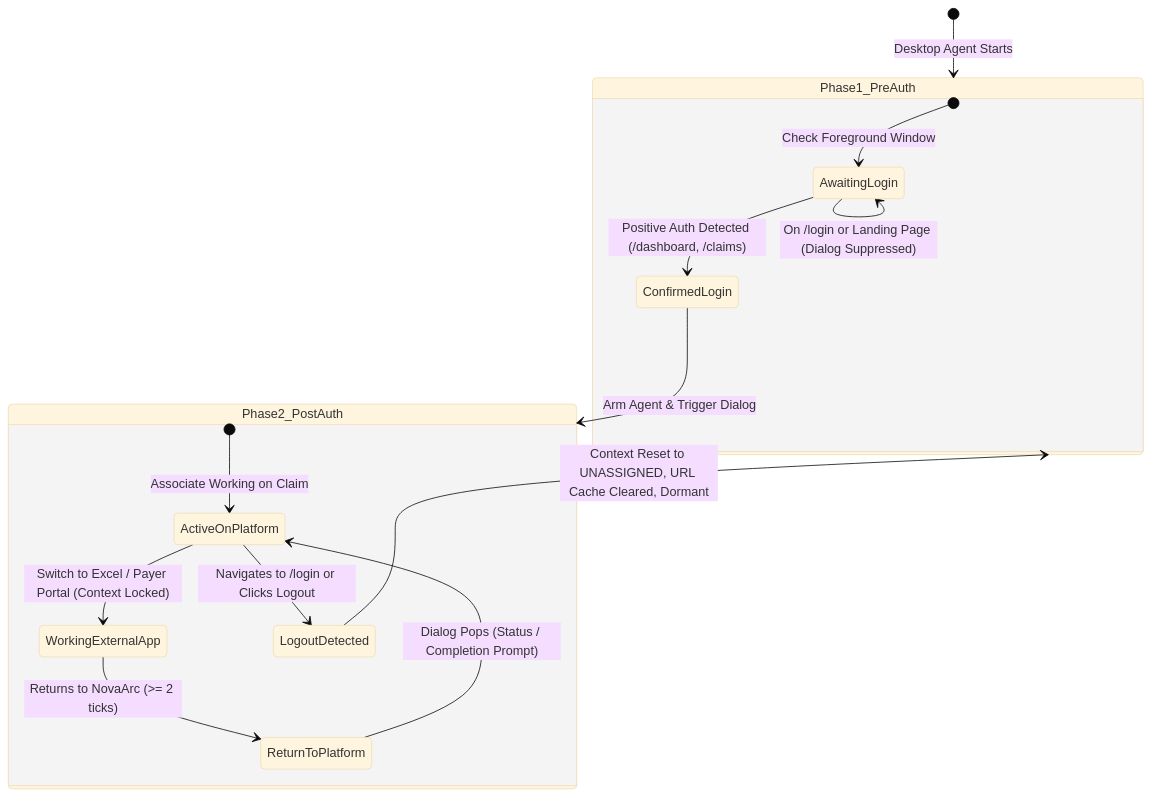
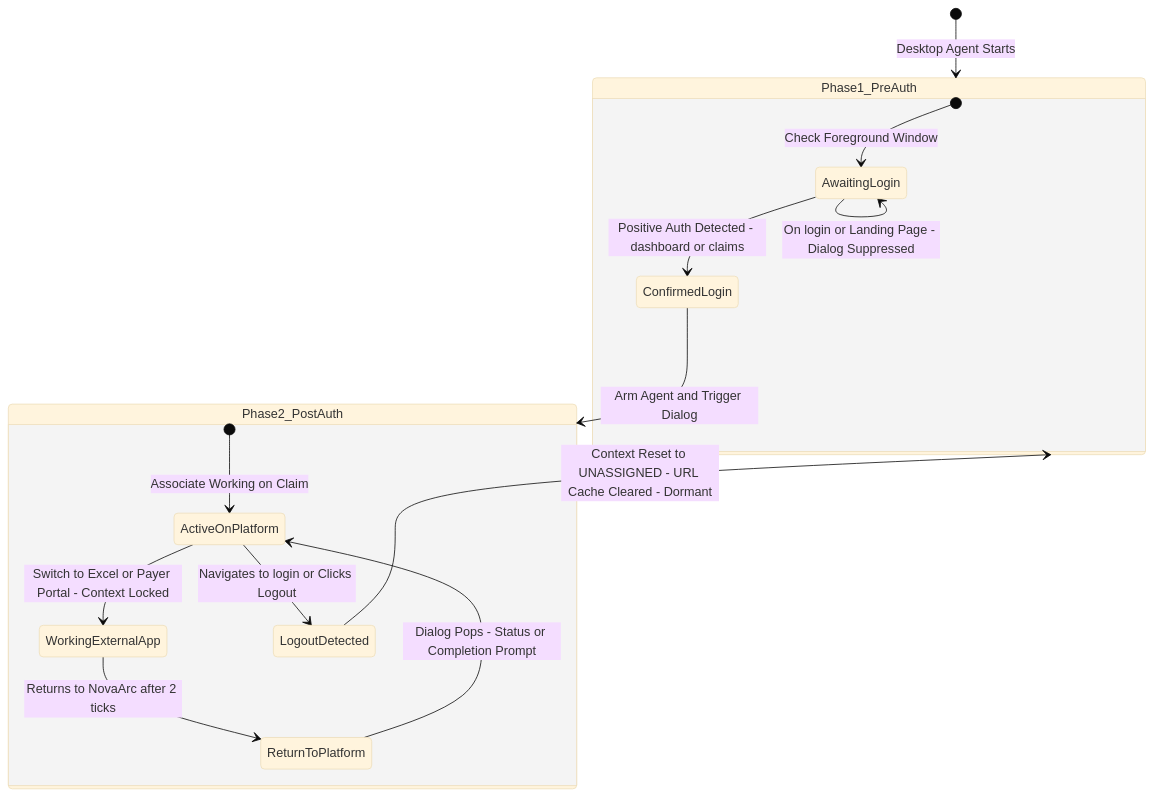
One commit to Gokul2004-ne/TMS changed the second of 3 diagrams in README.md. Above: the diagram before and after it, drawn with Mermaid (base theme). The commit also changed other lines of this file and 1 other file, not shown here.

Commit message:
docs: fix GitHub Mermaid rendering in README.md and ARCHITECTURE.md

````diff
--- a/README.md
+++ b/README.md
@@ -219,22 +214,22 @@
 ```mermaid
 stateDiagram-v2
     [*] --> Phase1_PreAuth: Desktop Agent Starts
 
     state Phase1_PreAuth {
         [*] --> AwaitingLogin: Check Foreground Window
-        AwaitingLogin --> AwaitingLogin: On /login or Landing Page (Dialog Suppressed)
-        AwaitingLogin --> ConfirmedLogin: Positive Auth Detected (/dashboard, /claims)
+        AwaitingLogin --> AwaitingLogin: On login or Landing Page - Dialog Suppressed
+        AwaitingLogin --> ConfirmedLogin: Positive Auth Detected - dashboard or claims
     }
 
-    ConfirmedLogin --> Phase2_PostAuth: Arm Agent & Trigger Dialog
-    
+    ConfirmedLogin --> Phase2_PostAuth: Arm Agent and Trigger Dialog
+
     state Phase2_PostAuth {
         [*] --> ActiveOnPlatform: Associate Working on Claim
-        ActiveOnPlatform --> WorkingExternalApp: Switch to Excel / Payer Portal (Context Locked)
-        WorkingExternalApp --> ReturnToPlatform: Returns to NovaArc (>= 2 ticks)
-        ReturnToPlatform --> ActiveOnPlatform: Dialog Pops (Status / Completion Prompt)
-        ActiveOnPlatform --> LogoutDetected: Navigates to /login or Clicks Logout
+        ActiveOnPlatform --> WorkingExternalApp: Switch to Excel or Payer Portal - Context Locked
+        WorkingExternalApp --> ReturnToPlatform: Returns to NovaArc after 2 ticks
+        ReturnToPlatform --> ActiveOnPlatform: Dialog Pops - Status or Completion Prompt
+        ActiveOnPlatform --> LogoutDetected: Navigates to login or Clicks Logout
     }
 
-    LogoutDetected --> Phase1_PreAuth: Context Reset to UNASSIGNED, URL Cache Cleared, Dormant
+    LogoutDetected --> Phase1_PreAuth: Context Reset to UNASSIGNED - URL Cache Cleared - Dormant
 ```
````
